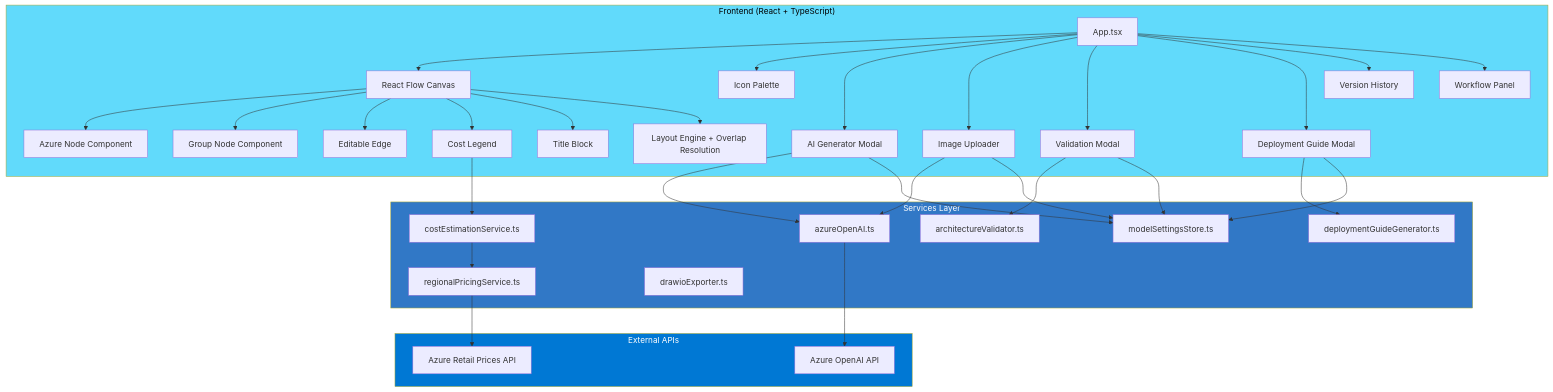
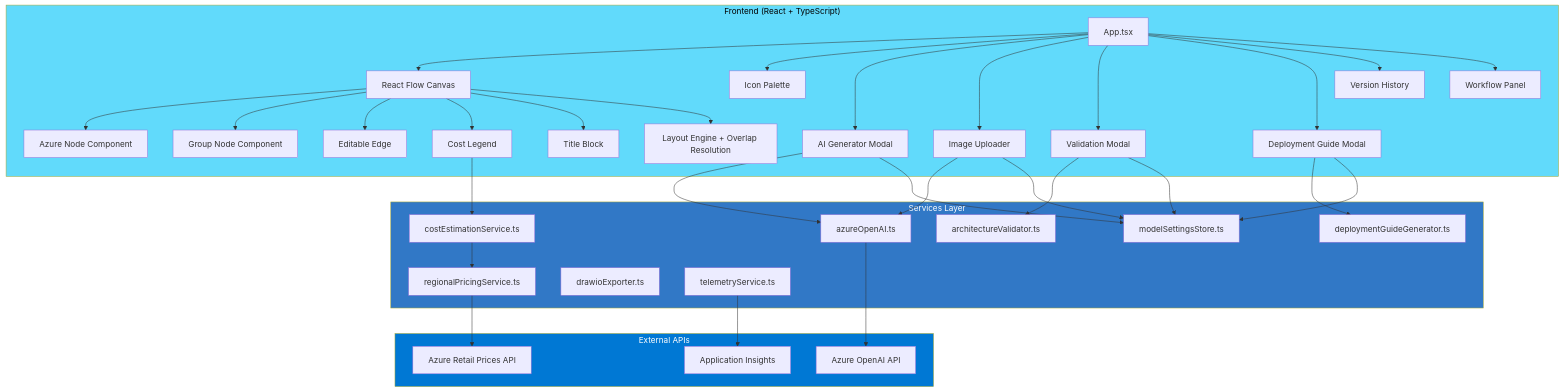
One commit to Arturo-Quiroga-MSFT/azure-architecture-diagram-builder changed the third of 3 diagrams in README.md. Above: the diagram before and after it, drawn with Mermaid. The commit also changed other lines of this file and 12 other files, not shown here.

First line of the commit message:
feat: add Application Insights telemetry and fix layout engine group/service ID collision

````diff
--- a/README.md
+++ b/README.md
@@ -225,54 +245,57 @@
 ```mermaid
 graph TB
     subgraph Frontend["Frontend (React + TypeScript)"]
         App[App.tsx]
         App --> Canvas[React Flow Canvas]
         App --> Palette[Icon Palette]
         App --> AIGen[AI Generator Modal]
         App --> ImgUpload[Image Uploader]
         App --> Validation[Validation Modal]
         App --> Deploy[Deployment Guide Modal]
         App --> Version[Version History]
         App --> Workflow[Workflow Panel]
         
         Canvas --> AzureNode[Azure Node Component]
         Canvas --> GroupNode[Group Node Component]
         Canvas --> EditableEdge[Editable Edge]
         Canvas --> Legend[Cost Legend]
         Canvas --> TitleBlock[Title Block]
         Canvas --> Layout[Layout Engine + Overlap Resolution]
     end
 
     subgraph Services["Services Layer"]
         azureOpenAI[azureOpenAI.ts]
         costService[costEstimationService.ts]
         validator[architectureValidator.ts]
         deployGen[deploymentGuideGenerator.ts]
         pricing[regionalPricingService.ts]
         drawio[drawioExporter.ts]
         modelStore[modelSettingsStore.ts]
+        telemetry[telemetryService.ts]
     end
 
     subgraph External["External APIs"]
         OpenAI[Azure OpenAI API]
         PricingAPI[Azure Retail Prices API]
+        AppInsights[Application Insights]
     end
 
     AIGen --> azureOpenAI
     ImgUpload --> azureOpenAI
     Validation --> validator
     Deploy --> deployGen
     Legend --> costService
     costService --> pricing
     AIGen --> modelStore
     ImgUpload --> modelStore
     Validation --> modelStore
     Deploy --> modelStore
     
     azureOpenAI --> OpenAI
     pricing --> PricingAPI
+    telemetry --> AppInsights
 
     style Frontend fill:#61DAFB,color:#000
     style Services fill:#3178C6,color:#fff
     style External fill:#0078D4,color:#fff
 ```
````
